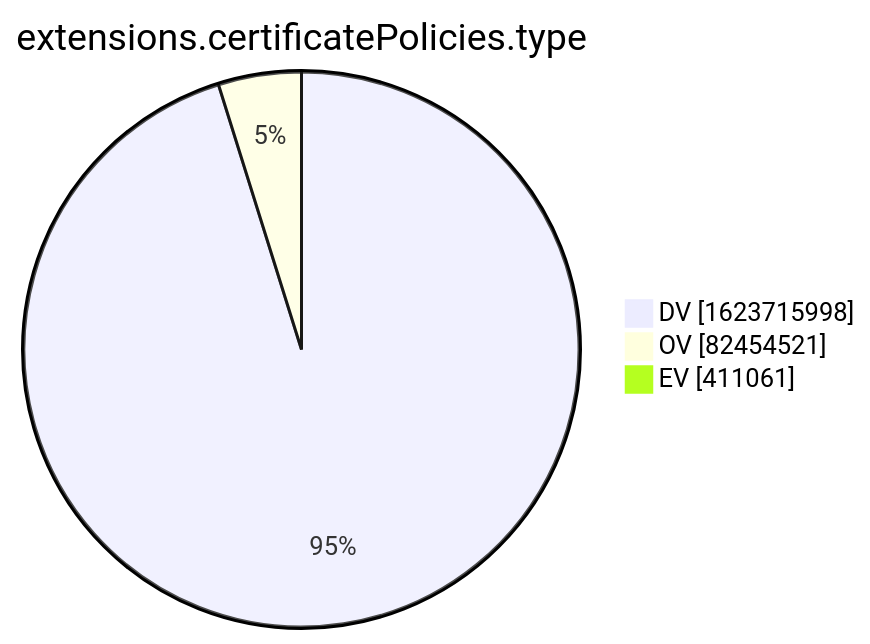
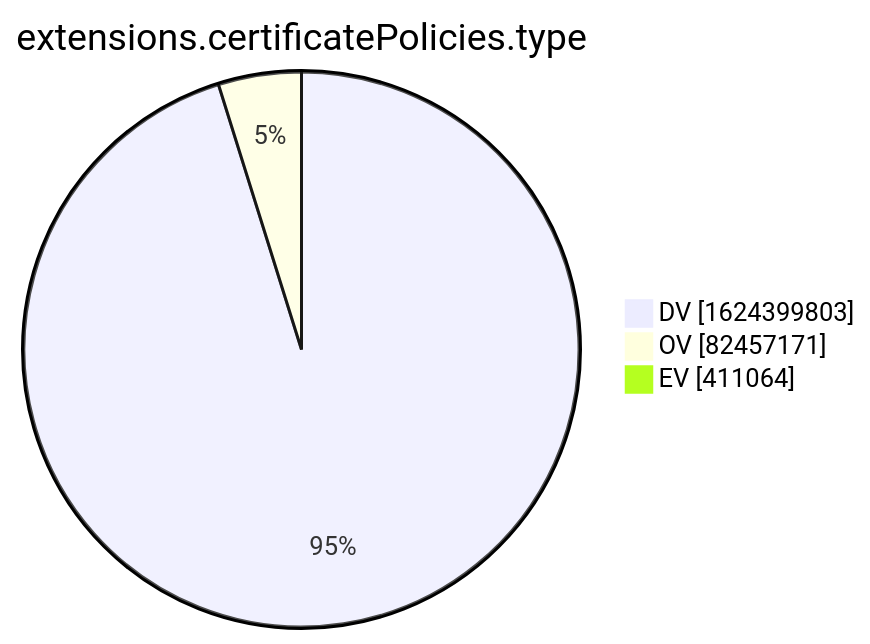
One commit to christiankrug/ctmonitor_visualization changed the tenth of 15 diagrams in xenon2022/README.md. Above: the diagram before and after it, drawn with Mermaid. The commit also changed other lines of this file, not shown here.

````diff
--- a/xenon2022/README.md
+++ b/xenon2022/README.md
@@ -2878,7 +2878,7 @@
 ```mermaid
 pie showData
 title extensions.certificatePolicies.type
-"DV" :1623715998
-"OV" :82454521
-"EV" :411061
+"DV" :1624399803
+"OV" :82457171
+"EV" :411064
 ```
````
